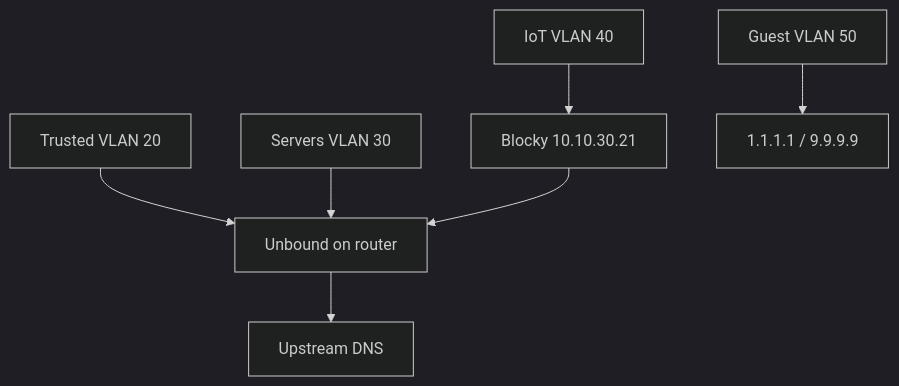
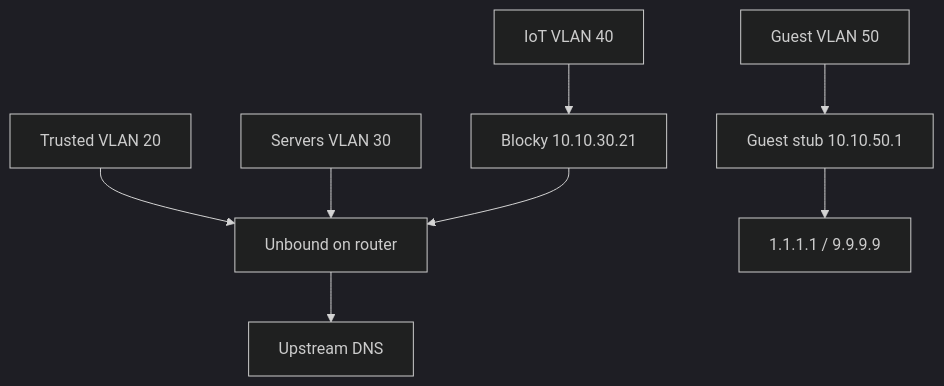
One commit to sknutsen/network changed the diagram in docs/vlan-plan.md. Above: the diagram before and after it, drawn with Mermaid (dark theme). The commit also changed other lines of this file and 24 other files, not shown here.

First line of the commit message:
Add jellyfin.lab for household access, guest DNS stub, and IoT Matter

````diff
--- a/docs/vlan-plan.md
+++ b/docs/vlan-plan.md
@@ -149,9 +150,10 @@
 ```mermaid
 flowchart TB
   Trusted[Trusted VLAN 20] --> Unbound[Unbound on router]
   Servers[Servers VLAN 30] --> Unbound
   IoT[IoT VLAN 40] --> Blocky[Blocky 10.10.30.21]
   Blocky --> Unbound
-  Guest[Guest VLAN 50] --> PublicDNS[1.1.1.1 / 9.9.9.9]
+  Guest[Guest VLAN 50] --> GuestStub[Guest stub 10.10.50.1]
+  GuestStub --> PublicDNS[1.1.1.1 / 9.9.9.9]
   Unbound --> Internet[Upstream DNS]
 ```
````
